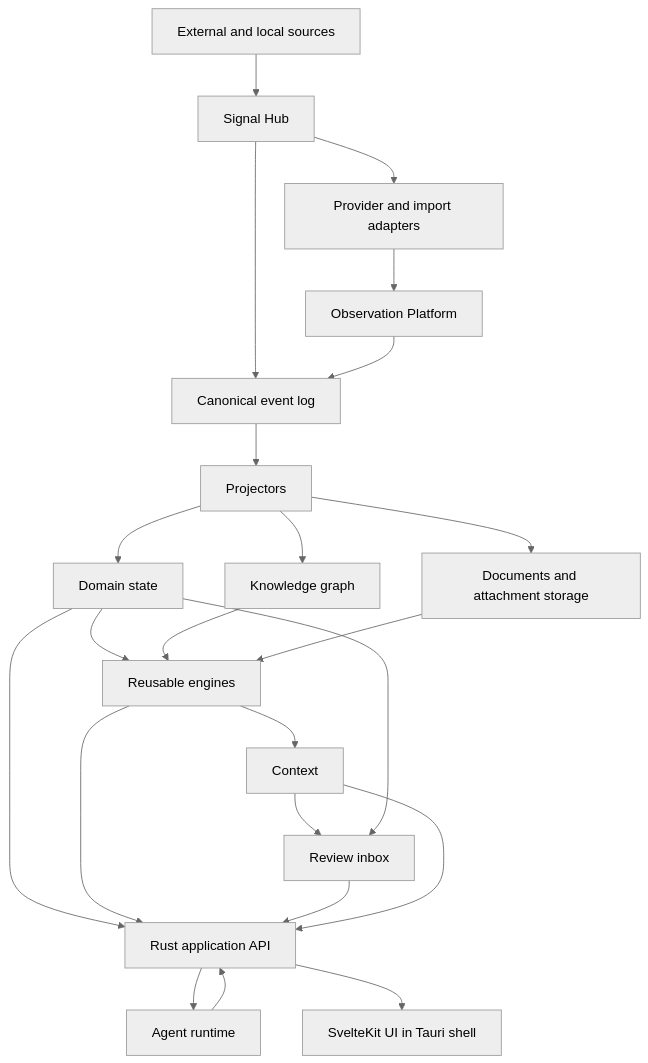
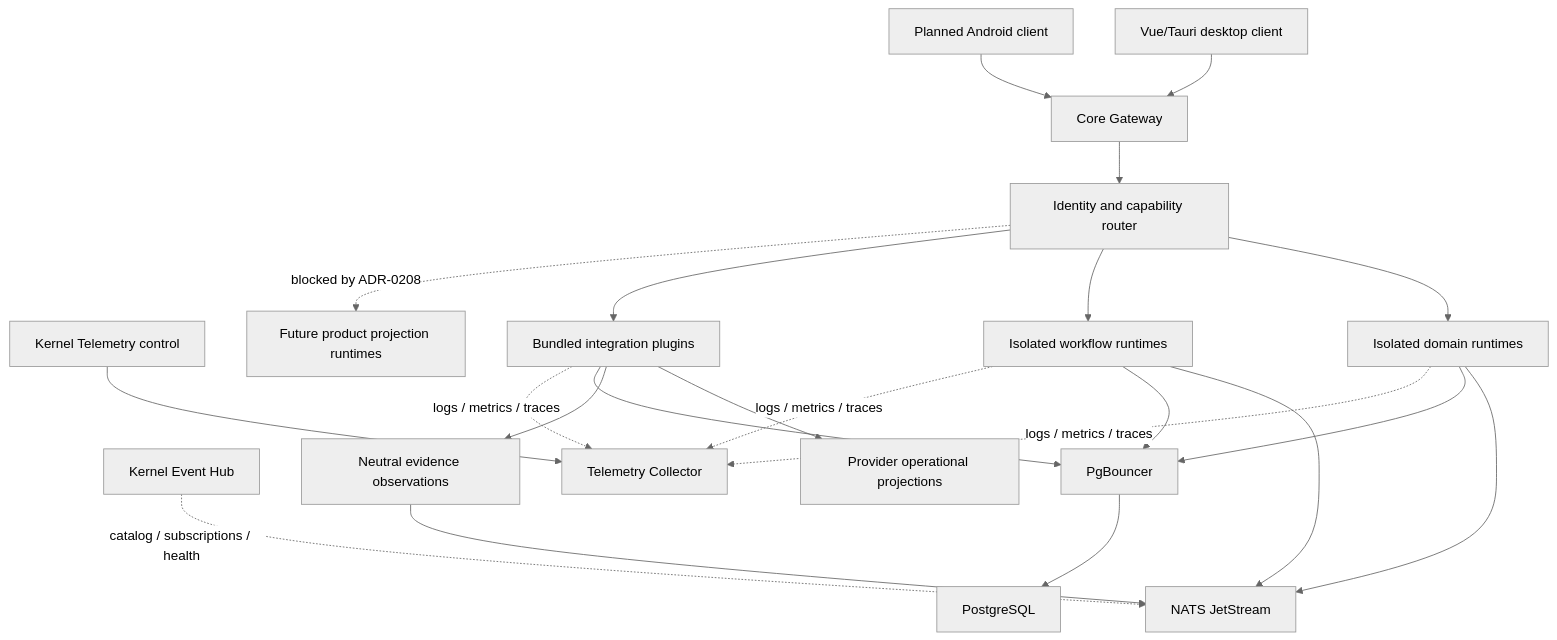
The diagram in docs/architecture/architecture-overview.md (Mesteriis/hermes-os), drawn with Mermaid (neutral theme) before and after one commit. The commit also changed other lines of this file and 3453 other files, not shown here.

Commit message:
Remove legacy backend workspace and update clean-room architecture

````diff
--- a/docs/architecture/architecture-overview.md
+++ b/docs/architecture/architecture-overview.md
@@ -27,25 +50,24 @@
 ```mermaid
 flowchart TB
-    Sources["External and local sources"] --> SignalHub["Signal Hub"]
-    SignalHub --> Adapters["Provider and import adapters"]
-    SignalHub --> EventLog["Canonical event log"]
-    Adapters --> Observations["Observation Platform"]
-    Observations --> EventLog["Canonical event log"]
-    EventLog --> Projectors["Projectors"]
-    Projectors --> Domains["Domain state"]
-    Projectors --> Graph["Knowledge graph"]
-    Projectors --> Objects["Documents and attachment storage"]
-    Domains --> Engines["Reusable engines"]
-    Graph --> Engines
-    Objects --> Engines
-    Engines --> Context["Context"]
-    Context --> Review["Review inbox"]
-    Domains --> Review
-    Domains --> API["Rust application API"]
-    Engines --> API
-    Review --> API
-    Context --> API
-    API --> Agents["Agent runtime"]
-    Agents --> API
-    API --> UI["SvelteKit UI in Tauri shell"]
+    Desktop["Vue/Tauri desktop client"] --> Gateway["Core Gateway"]
+    Android["Planned Android client"] --> Gateway
+    Gateway --> Router["Identity and capability router"]
+    EventHub["Kernel Event Hub"] -. "catalog / subscriptions / health" .-> NATS
+    TelemetryControl["Kernel Telemetry control"] --> Collector["Telemetry Collector"]
+    Router --> Domains["Isolated domain runtimes"]
+    Router --> Workflows["Isolated workflow runtimes"]
+    Router --> Integrations["Bundled integration plugins"]
+    Router -. "blocked by ADR-0208" .-> Projections["Future product projection runtimes"]
+    Integrations --> Operational["Provider operational projections"]
+    Integrations --> Evidence["Neutral evidence observations"]
+    Evidence --> NATS["NATS JetStream"]
+    Domains --> NATS
+    Workflows --> NATS
+    Domains --> PgBouncer["PgBouncer"]
+    Workflows --> PgBouncer
+    Integrations --> PgBouncer
+    PgBouncer --> PostgreSQL["PostgreSQL"]
+    Domains -. "logs / metrics / traces" .-> Collector
+    Workflows -. "logs / metrics / traces" .-> Collector
+    Integrations -. "logs / metrics / traces" .-> Collector
 ```
````
